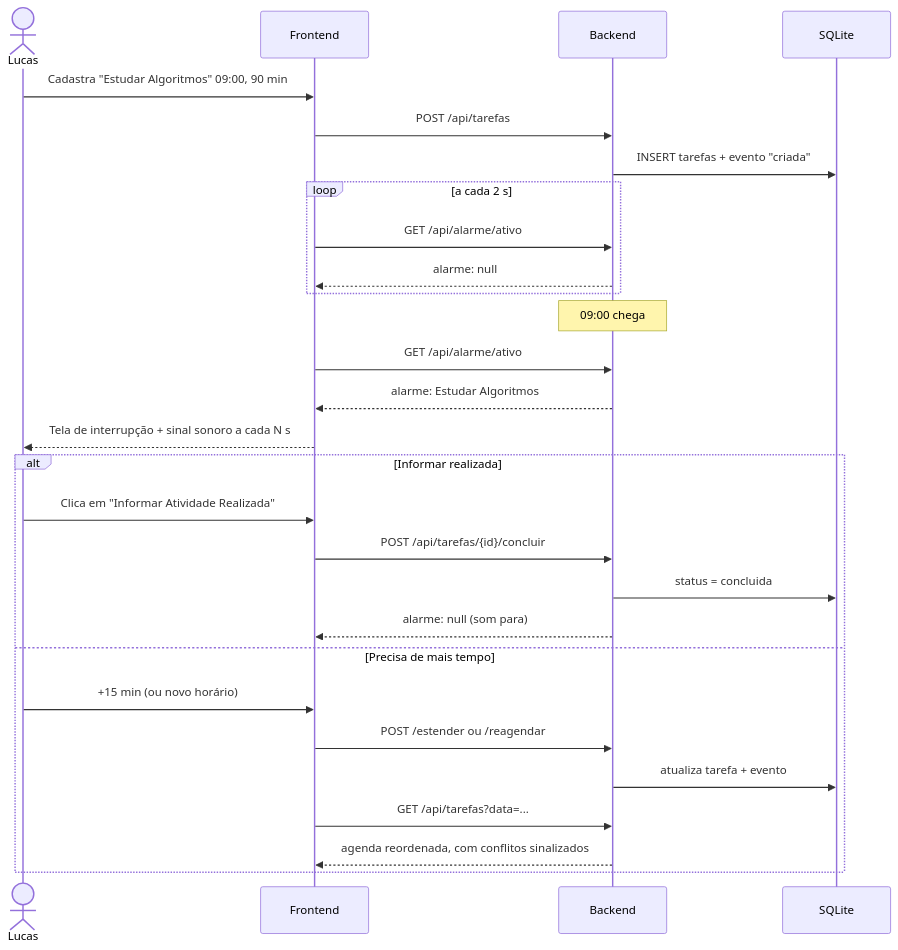
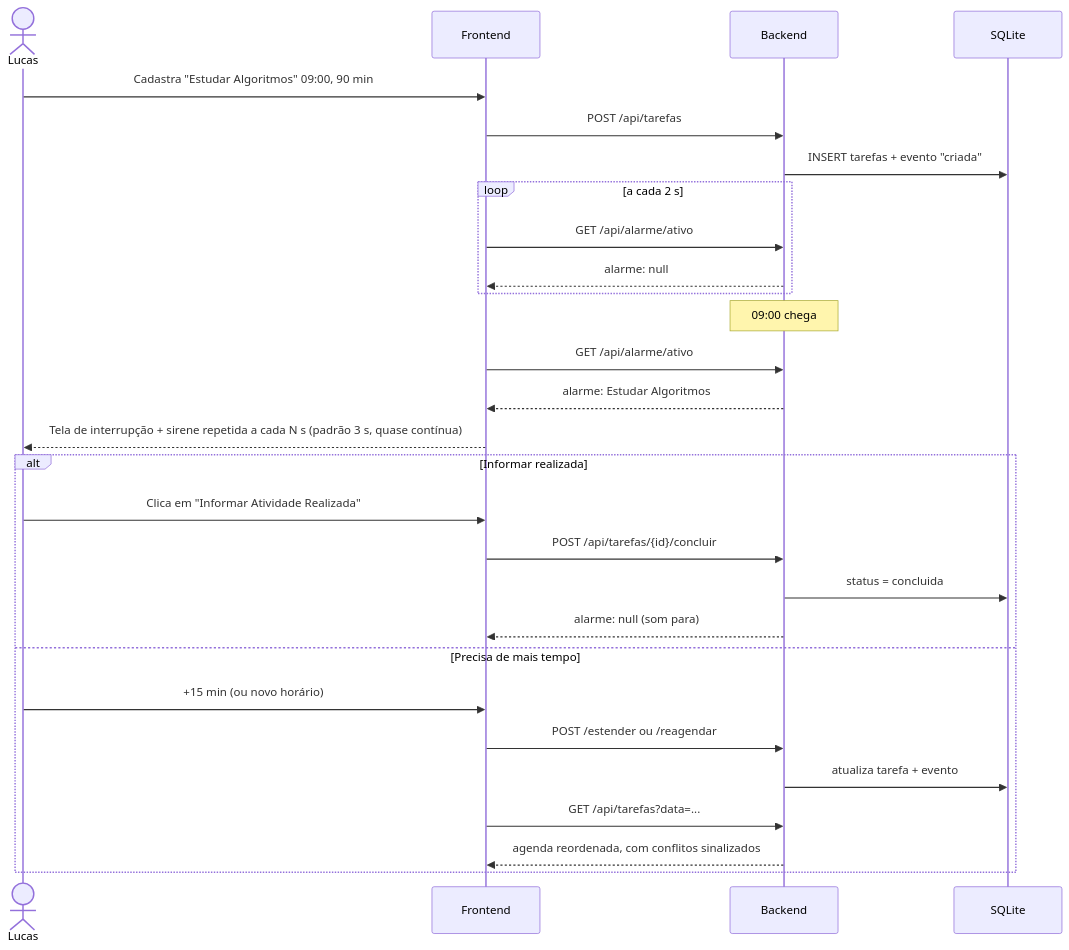
One commit to Ptroyano/ReMINDer changed the second of 3 diagrams in docs/ARQUITETURA_E_DADOS.md. Above: the diagram before and after it, drawn with Mermaid. The commit also changed other lines of this file and 7 other files, not shown here.

````diff
--- a/docs/ARQUITETURA_E_DADOS.md
+++ b/docs/ARQUITETURA_E_DADOS.md
@@ -29,31 +29,31 @@
 ```mermaid
 sequenceDiagram
     actor L as Lucas
     participant F as Frontend
     participant B as Backend
     participant D as SQLite
 
     L->>F: Cadastra "Estudar Algoritmos" 09:00, 90 min
     F->>B: POST /api/tarefas
     B->>D: INSERT tarefas + evento "criada"
     loop a cada 2 s
         F->>B: GET /api/alarme/ativo
         B-->>F: alarme: null
     end
     Note over B: 09:00 chega
     F->>B: GET /api/alarme/ativo
     B-->>F: alarme: Estudar Algoritmos
-    F-->>L: Tela de interrupção + sinal sonoro a cada N s
+    F-->>L: Tela de interrupção + sirene repetida a cada N s (padrão 3 s, quase contínua)
     alt Informar realizada
         L->>F: Clica em "Informar Atividade Realizada"
         F->>B: POST /api/tarefas/{id}/concluir
         B->>D: status = concluida
         B-->>F: alarme: null (som para)
     else Precisa de mais tempo
         L->>F: +15 min (ou novo horário)
         F->>B: POST /estender ou /reagendar
         B->>D: atualiza tarefa + evento
         F->>B: GET /api/tarefas?data=...
         B-->>F: agenda reordenada, com conflitos sinalizados
     end
 ```
````
